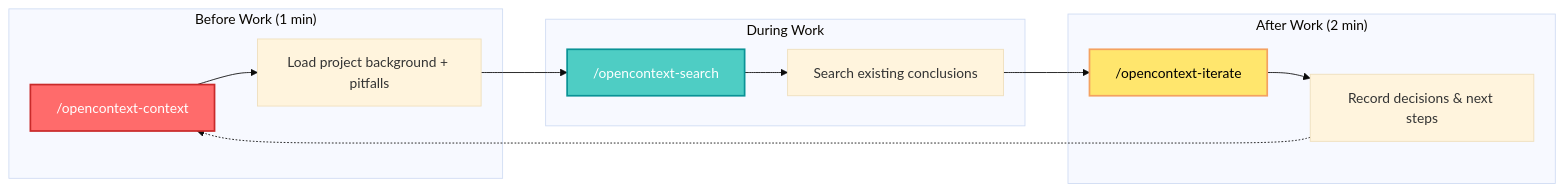
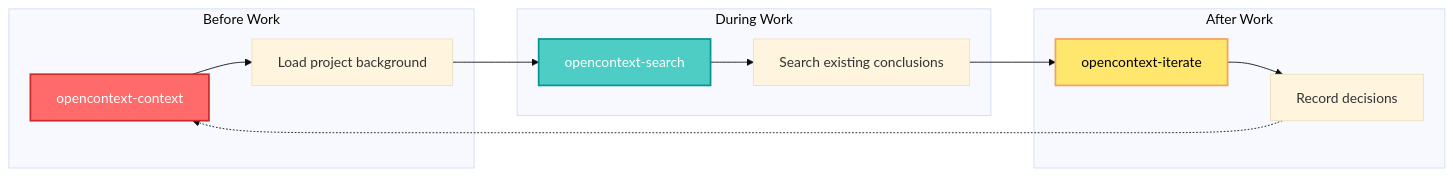
Before and after one commit to akillness/akillness.github.io: the second of 2 diagrams in _posts/2026-01-17-opencontext-ai-agent-memory-store.md, drawn with Mermaid (base theme). The commit also changed other lines of this file, not shown here.

Commit message:
fix: mermaid syntax errors in OpenContext blog post
- Remove special characters from subgraph titles
- Fix node text with slashes and special chars
- Remove HTML br tags causing parsing issues

````diff
--- a/_posts/2026-01-17-opencontext-ai-agent-memory-store.md
+++ b/_posts/2026-01-17-opencontext-ai-agent-memory-store.md
@@ -153,28 +153,28 @@
 ```mermaid
 flowchart LR
-    subgraph "Before Work (1 min)"
-        A1["/opencontext-context"]
-        A2["Load project background + pitfalls"]
+    subgraph BeforeWork["Before Work"]
+        A1[opencontext-context]
+        A2[Load project background]
     end
 
-    subgraph "During Work"
-        B1["/opencontext-search"]
-        B2["Search existing conclusions"]
+    subgraph DuringWork["During Work"]
+        B1[opencontext-search]
+        B2[Search existing conclusions]
     end
 
-    subgraph "After Work (2 min)"
-        C1["/opencontext-iterate"]
-        C2["Record decisions & next steps"]
+    subgraph AfterWork["After Work"]
+        C1[opencontext-iterate]
+        C2[Record decisions]
     end
 
     A1 --> A2
     A2 --> B1
     B1 --> B2
     B2 --> C1
     C1 --> C2
     C2 -.-> A1
 
     style A1 fill:#ff6b6b,stroke:#c92a2a,stroke-width:2px,color:#fff
     style B1 fill:#4ecdc4,stroke:#0a9396,stroke-width:2px,color:#fff
     style C1 fill:#ffe66d,stroke:#f4a261,stroke-width:2px,color:#000
 ```
````
